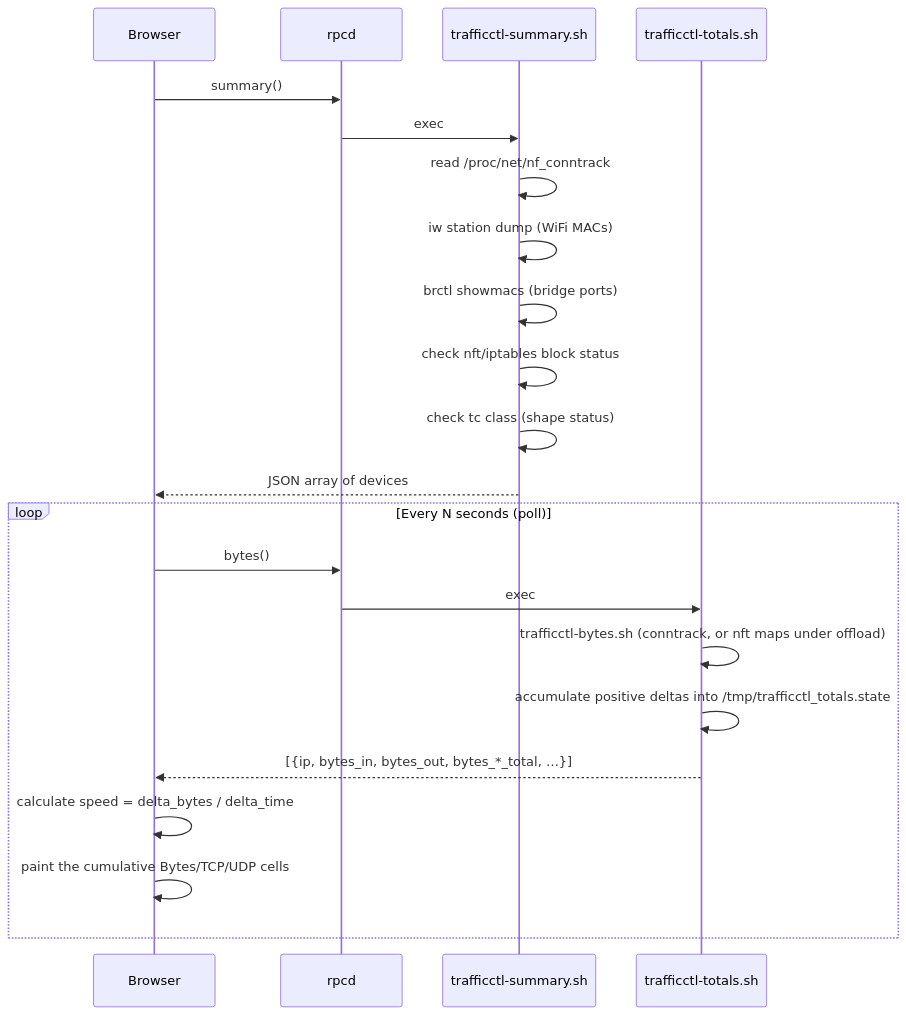
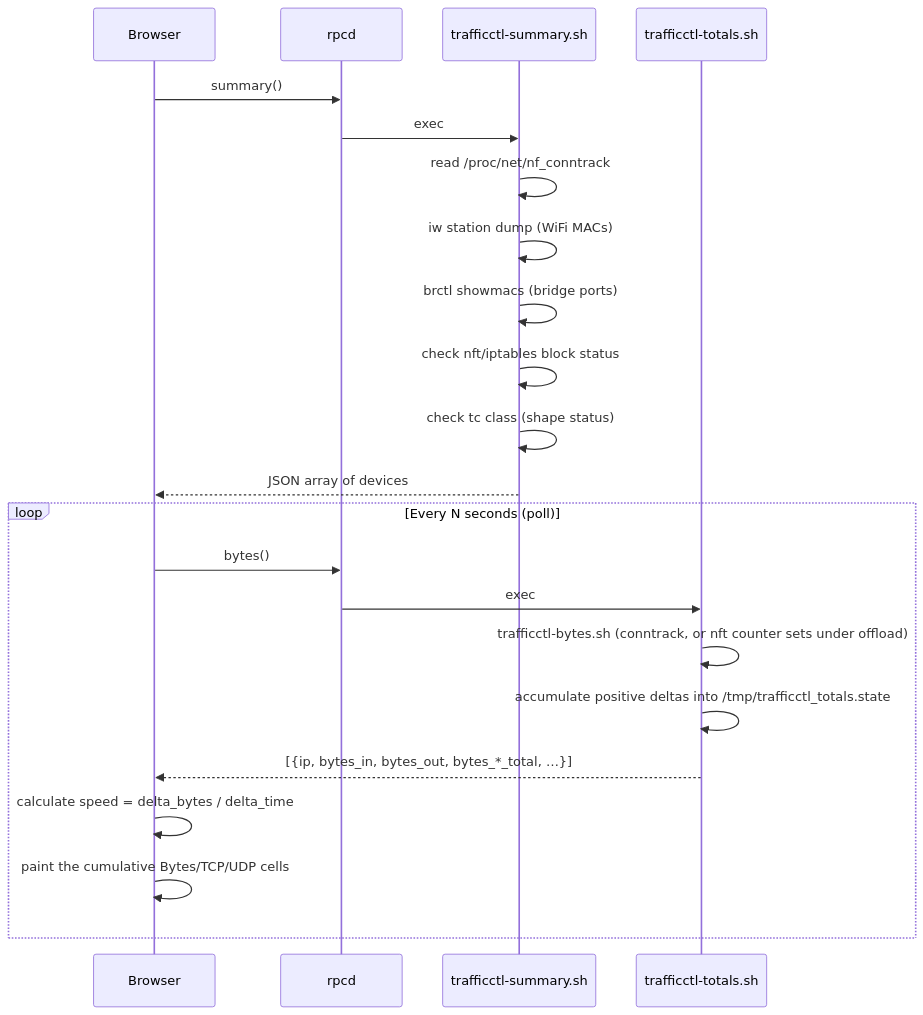
One commit to YusDyr/luci-app-trafficctl changed the second of 6 diagrams in docs/ARCHITECTURE.md. Above: the diagram before and after it, drawn with Mermaid. The commit also changed 25 other files, not shown here.

````diff
--- a/docs/ARCHITECTURE.md
+++ b/docs/ARCHITECTURE.md
@@ -105,26 +105,26 @@
 ```mermaid
 sequenceDiagram
     participant B as Browser
     participant R as rpcd
     participant S as trafficctl-summary.sh
     participant BY as trafficctl-totals.sh
 
     B->>R: summary()
     R->>S: exec
     S->>S: read /proc/net/nf_conntrack
     S->>S: iw station dump (WiFi MACs)
     S->>S: brctl showmacs (bridge ports)
     S->>S: check nft/iptables block status
     S->>S: check tc class (shape status)
     S-->>B: JSON array of devices
 
     loop Every N seconds (poll)
         B->>R: bytes()
         R->>BY: exec
-        BY->>BY: trafficctl-bytes.sh (conntrack, or nft maps under offload)
+        BY->>BY: trafficctl-bytes.sh (conntrack, or nft counter sets under offload)
         BY->>BY: accumulate positive deltas into /tmp/trafficctl_totals.state
         BY-->>B: [{ip, bytes_in, bytes_out, bytes_*_total, …}]
         B->>B: calculate speed = delta_bytes / delta_time
         B->>B: paint the cumulative Bytes/TCP/UDP cells
     end
 ```
````
